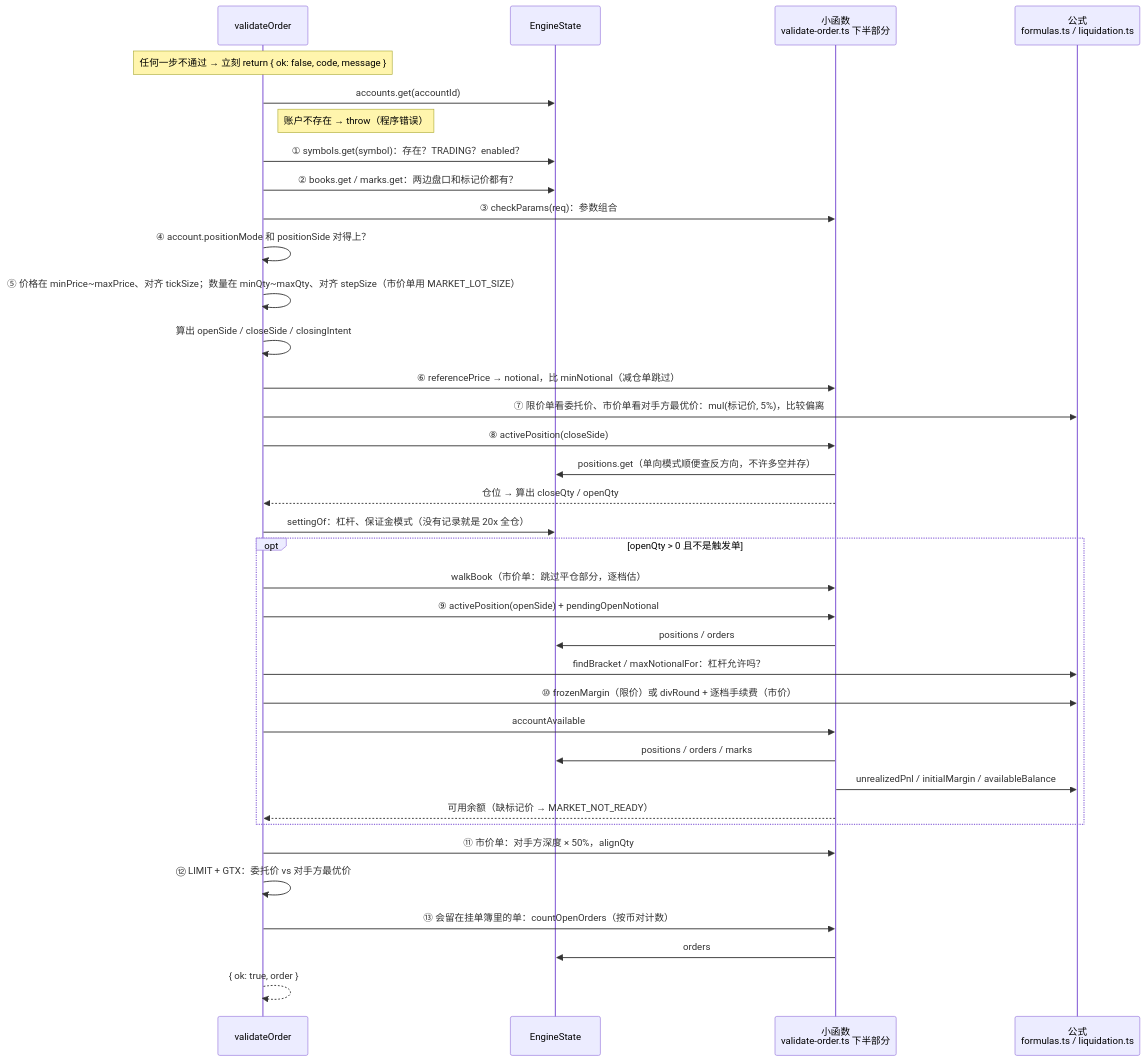
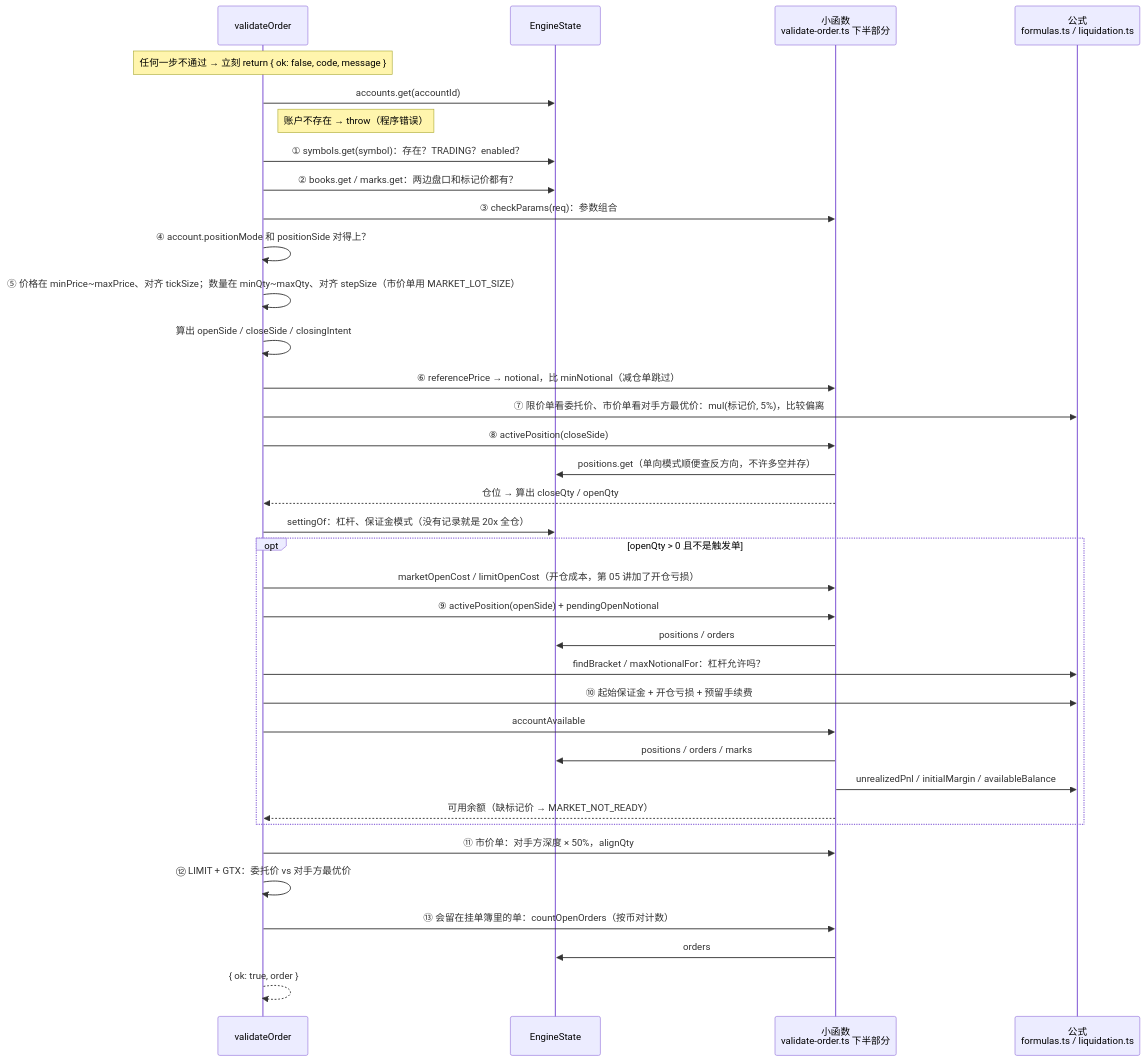
The second of 3 diagrams in docs/tutorial/04-order-validation.md (evan-e2438927/binance-contract-trading-full-stack), drawn with Mermaid before and after one commit. The commit also changed other lines of this file and 24 other files, not shown here.

````diff
--- a/docs/tutorial/04-order-validation.md
+++ b/docs/tutorial/04-order-validation.md
@@ -244,39 +244,39 @@
 ```mermaid
 sequenceDiagram
     participant V as validateOrder
     participant S as EngineState
     participant H as 小函数<br/>validate-order.ts 下半部分
     participant F as 公式<br/>formulas.ts / liquidation.ts
 
     Note over V: 任何一步不通过 → 立刻 return { ok: false, code, message }
     V->>S: accounts.get(accountId)
     Note right of V: 账户不存在 → throw（程序错误）
     V->>S: ① symbols.get(symbol)：存在？TRADING？enabled？
     V->>S: ② books.get / marks.get：两边盘口和标记价都有？
     V->>H: ③ checkParams(req)：参数组合
     V->>V: ④ account.positionMode 和 positionSide 对得上？
     V->>V: ⑤ 价格在 minPrice~maxPrice、对齐 tickSize；数量在 minQty~maxQty、对齐 stepSize（市价单用 MARKET_LOT_SIZE）
     V->>V: 算出 openSide / closeSide / closingIntent
     V->>H: ⑥ referencePrice → notional，比 minNotional（减仓单跳过）
     V->>F: ⑦ 限价单看委托价、市价单看对手方最优价：mul(标记价, 5%)，比较偏离
     V->>H: ⑧ activePosition(closeSide)
     H->>S: positions.get（单向模式顺便查反方向，不许多空并存）
     H-->>V: 仓位 → 算出 closeQty / openQty
     V->>S: settingOf：杠杆、保证金模式（没有记录就是 20x 全仓）
     opt openQty > 0 且不是触发单
-        V->>H: walkBook（市价单：跳过平仓部分，逐档估）
+        V->>H: marketOpenCost / limitOpenCost（开仓成本，第 05 讲加了开仓亏损）
         V->>H: ⑨ activePosition(openSide) + pendingOpenNotional
         H->>S: positions / orders
         V->>F: findBracket / maxNotionalFor：杠杆允许吗？
-        V->>F: ⑩ frozenMargin（限价）或 divRound + 逐档手续费（市价）
+        V->>F: ⑩ 起始保证金 + 开仓亏损 + 预留手续费
         V->>H: accountAvailable
         H->>S: positions / orders / marks
         H->>F: unrealizedPnl / initialMargin / availableBalance
         H-->>V: 可用余额（缺标记价 → MARKET_NOT_READY）
     end
     V->>H: ⑪ 市价单：对手方深度 × 50%，alignQty
     V->>V: ⑫ LIMIT + GTX：委托价 vs 对手方最优价
     V->>H: ⑬ 会留在挂单簿里的单：countOpenOrders（按币对计数）
     H->>S: orders
     V-->>V: { ok: true, order }
 ```
````
